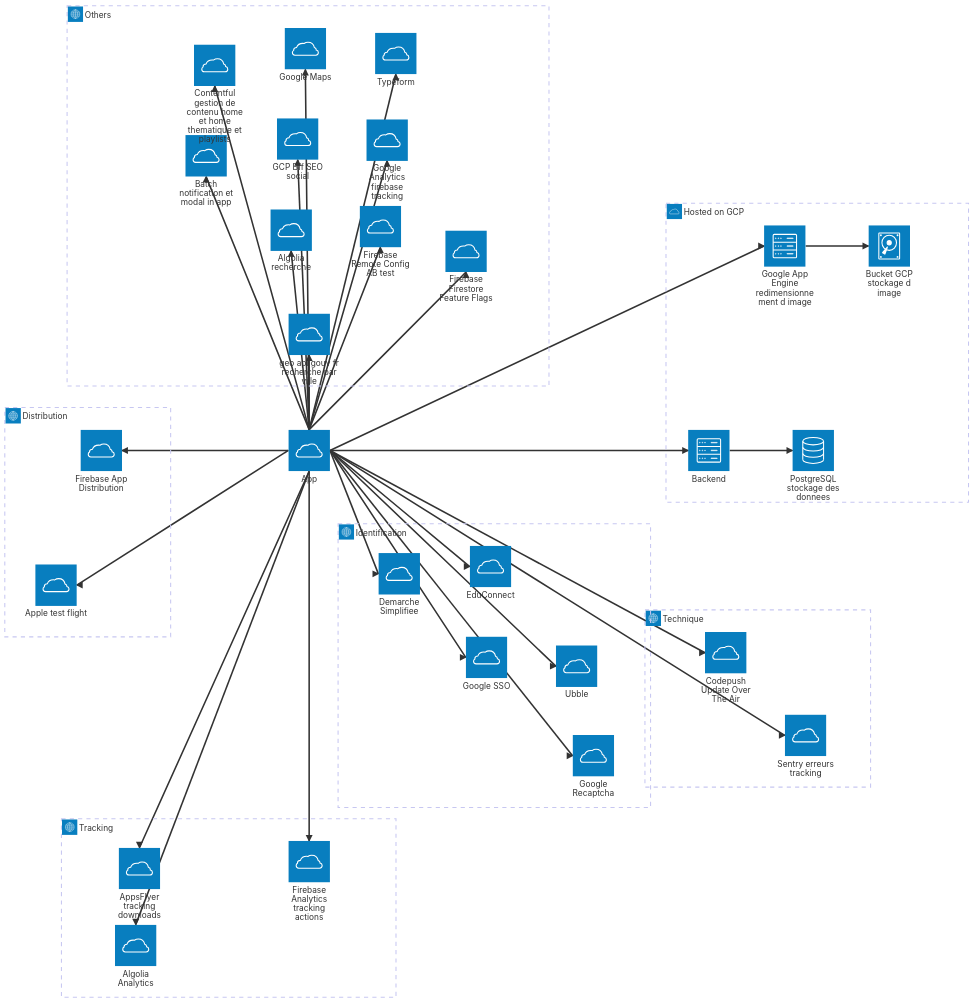
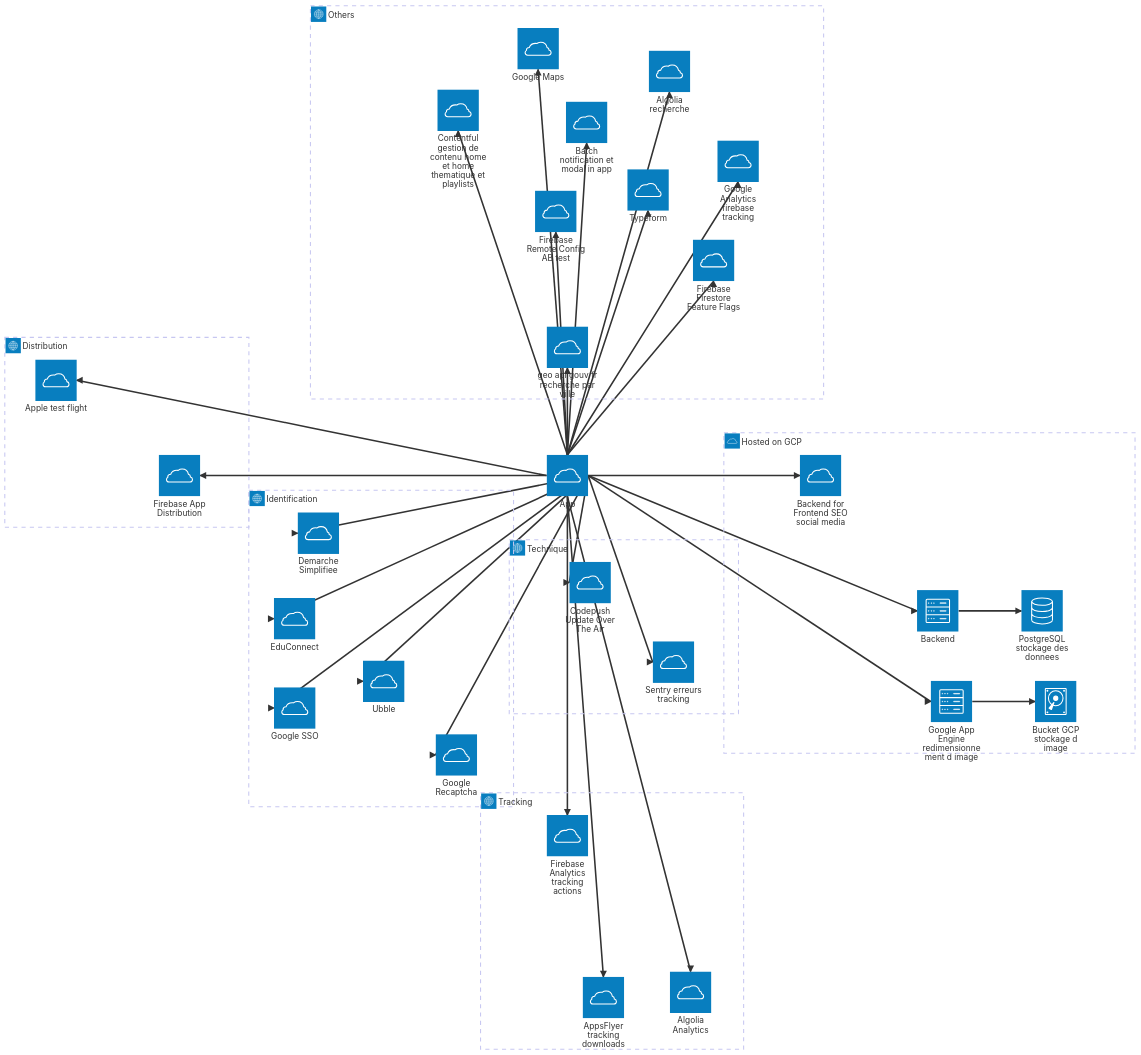
Before and after one commit to pass-culture/pass-culture-app-native: the second of 2 diagrams in doc/architecture/input-output-externe.md, drawn with Mermaid. The commit also changed other lines of this file, not shown here.

````diff
--- a/doc/architecture/input-output-externe.md
+++ b/doc/architecture/input-output-externe.md
@@ -48,76 +48,77 @@
 ```mermaid
 architecture-beta
   group technique(internet)[Technique]
   group distribution(internet)[Distribution]
   group identification(internet)[Identification]
   group tracking(internet)[Tracking]
   group hosted_on_GCP(cloud)[Hosted on GCP]
   group others(internet)[Others]
 
   service App(cloud)[App]
 
   service Google_Recaptcha(cloud)[Google Recaptcha] in identification
   service Ubble(cloud)[Ubble] in identification
   service Google(cloud)[Google SSO] in identification
   service Educonnect(cloud)[EduConnect] in identification
   service DMS(cloud)[Demarche Simplifiee] in identification
 
   App:R --> L:Google_Recaptcha
   App:R --> L:Ubble
   App:R --> L:Google
   App:R --> L:Educonnect
   App:R --> L:DMS
 
   service Algolia_Analytics(cloud)[Algolia Analytics] in tracking
   service AppsFlyer(cloud)[AppsFlyer tracking downloads] in tracking
   service Firebase_Analytics(cloud)[Firebase Analytics tracking actions] in tracking
 
   App:B --> T:Algolia_Analytics
   App:B --> T:AppsFlyer
   App:B --> T:Firebase_Analytics
 
   service Sentry(cloud)[Sentry erreurs tracking] in technique
   service Codepush(cloud)[Codepush Update Over The Air] in technique
 
   App:R --> L:Sentry
   App:R --> L:Codepush
 
   service Apple_TestFlight(cloud)[Apple test flight] in distribution
   service Firebase_App_Distribution(cloud)[Firebase App Distribution] in distribution
 
   App:L --> R:Apple_TestFlight
   App:L --> R:Firebase_App_Distribution
 
   service Firebase_Firestore(cloud)[Firebase Firestore Feature Flags] in others
   service Firebase_Remote_Config(cloud)[Firebase Remote Config AB test] in others
   service Google_Analytics(cloud)[Google Analytics firebase tracking] in others
-  service GCP(cloud)[GCP Bff SEO social] in others %% ?
   service Algolia(cloud)[Algolia recherche] in others
   service typeform(cloud)[Typeform] in others
   service batch(cloud)[Batch notification et modal in app] in others
   service Google_Maps(cloud)[Google Maps] in others
   service Contentful(cloud)[Contentful gestion de contenu home et home thematique et playlists] in others
   service geo_api_gouv(cloud)[geo api gouv fr recherche par ville] in others
 
   App:T --> B:Firebase_Firestore
   App:T --> B:Firebase_Remote_Config
   App:T --> B:Google_Analytics
-  App:T --> B:GCP
   App:T --> B:Algolia
   App:T --> B:typeform
   App:T --> B:batch
   App:T --> B:Google_Maps
   App:T --> B:Contentful
   App:T --> B:geo_api_gouv
 
   service image_resize(server)[Google App Engine redimensionnement d image] in hosted_on_GCP
   service bucket_image(disk)[Bucket GCP stockage d image] in hosted_on_GCP
   App:R --> L:image_resize
   image_resize:R --> L:bucket_image
 
   service backend(server)[Backend] in hosted_on_GCP
   service Postgresql(database)[PostgreSQL stockage des donnees] in hosted_on_GCP
 
   App:R --> L:backend
   backend:R --> L:Postgresql
+
+  service bff(cloud)[Backend for Frontend SEO social media] in hosted_on_GCP
+  App:R --> L:bff
 ```
````
